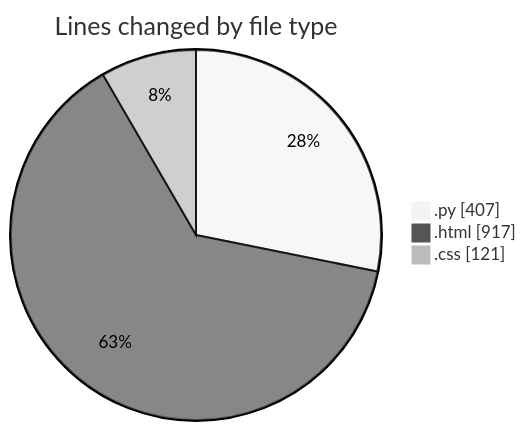
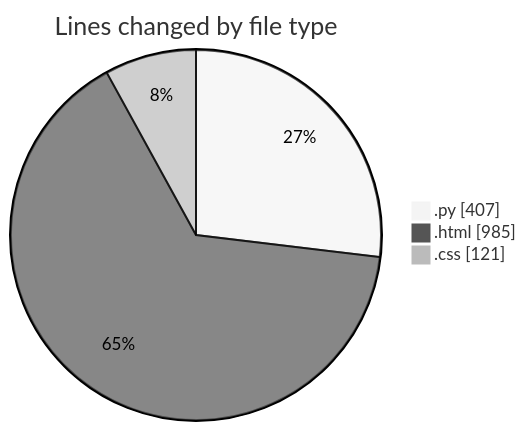
The first of 2 diagrams in 2025-01-31/flask/README.md (Elitesun/code-tracking), drawn with Mermaid (neutral theme) before and after one commit. The commit also changed other lines of this file and 1 other file, not shown here.

````diff
--- a/2025-01-31/flask/README.md
+++ b/2025-01-31/flask/README.md
@@ -25,7 +25,7 @@
 ```mermaid
 pie showData
 title Lines changed by file type
 ".py" : 407
-".html" : 917
+".html" : 985
 ".css" : 121
 ```
````
